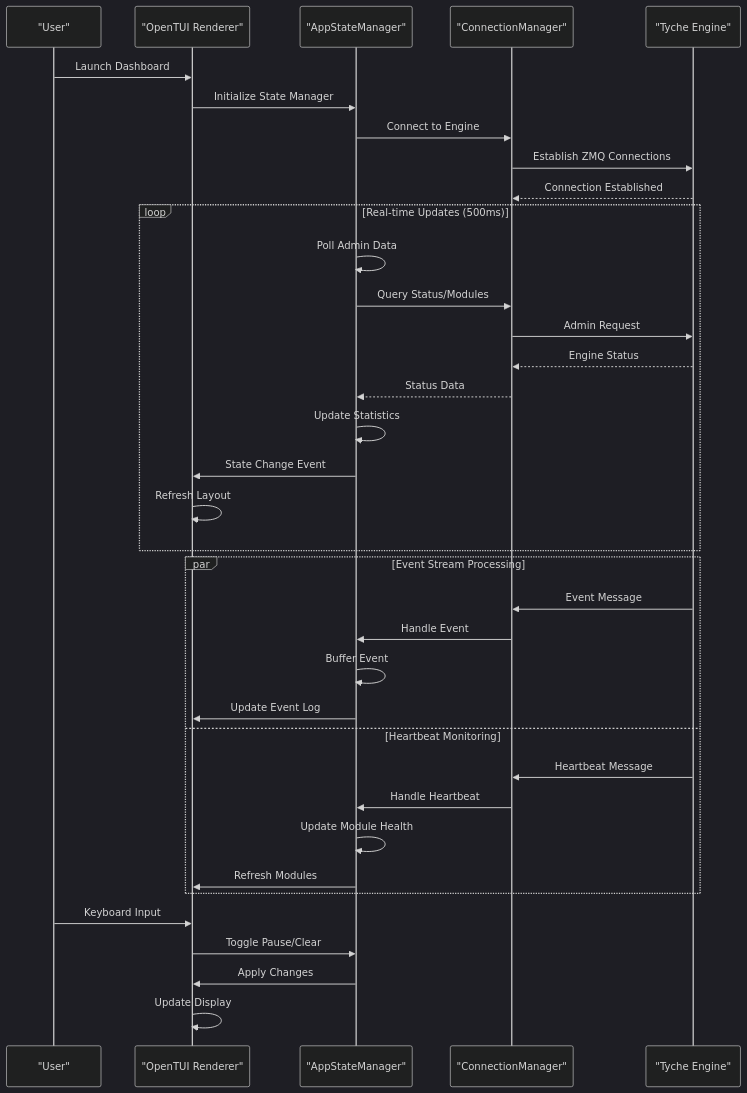
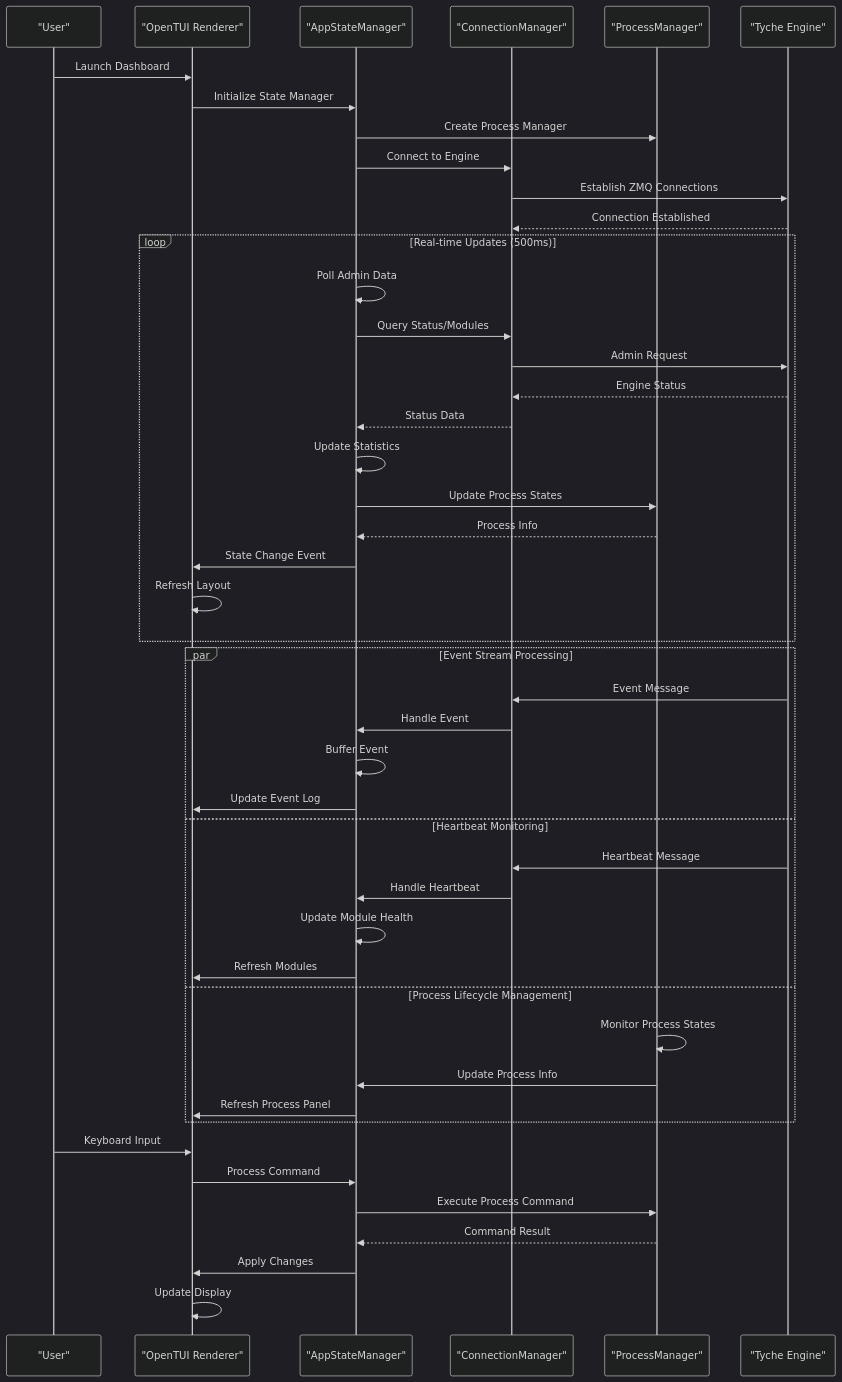
Before and after one commit to zt281/TycheEngine: the second of 10 diagrams in .qoder/repowiki/en/content/Advanced Features/Terminal User Interface Dashboard.md, drawn with Mermaid (dark theme). The commit also changed other lines of this file and 33 other files, not shown here.

````diff
--- a/.qoder/repowiki/en/content/Advanced Features/Terminal User Interface Dashboard.md
+++ b/.qoder/repowiki/en/content/Advanced Features/Terminal User Interface Dashboard.md
@@ -114,38 +157,48 @@
 ```mermaid
 sequenceDiagram
 participant User as "User"
 participant UI as "OpenTUI Renderer"
 participant State as "AppStateManager"
 participant Conn as "ConnectionManager"
+participant ProcMgr as "ProcessManager"
 participant Engine as "Tyche Engine"
 User->>UI : Launch Dashboard
 UI->>State : Initialize State Manager
+State->>ProcMgr : Create Process Manager
 State->>Conn : Connect to Engine
 Conn->>Engine : Establish ZMQ Connections
 Engine-->>Conn : Connection Established
 loop Real-time Updates (500ms)
 State->>State : Poll Admin Data
 State->>Conn : Query Status/Modules
 Conn->>Engine : Admin Request
 Engine-->>Conn : Engine Status
 Conn-->>State : Status Data
 State->>State : Update Statistics
+State->>ProcMgr : Update Process States
+ProcMgr-->>State : Process Info
 State->>UI : State Change Event
 UI->>UI : Refresh Layout
 end
 par Event Stream Processing
 Engine->>Conn : Event Message
 Conn->>State : Handle Event
 State->>State : Buffer Event
 State->>UI : Update Event Log
 and Heartbeat Monitoring
 Engine->>Conn : Heartbeat Message
 Conn->>State : Handle Heartbeat
 State->>State : Update Module Health
 State->>UI : Refresh Modules
+and Process Lifecycle Management
+ProcMgr->>ProcMgr : Monitor Process States
+ProcMgr->>State : Update Process Info
+State->>UI : Refresh Process Panel
 end
 User->>UI : Keyboard Input
-UI->>State : Toggle Pause/Clear
+UI->>State : Process Command
+State->>ProcMgr : Execute Process Command
+ProcMgr-->>State : Command Result
 State->>UI : Apply Changes
 UI->>UI : Update Display
 ```
````
